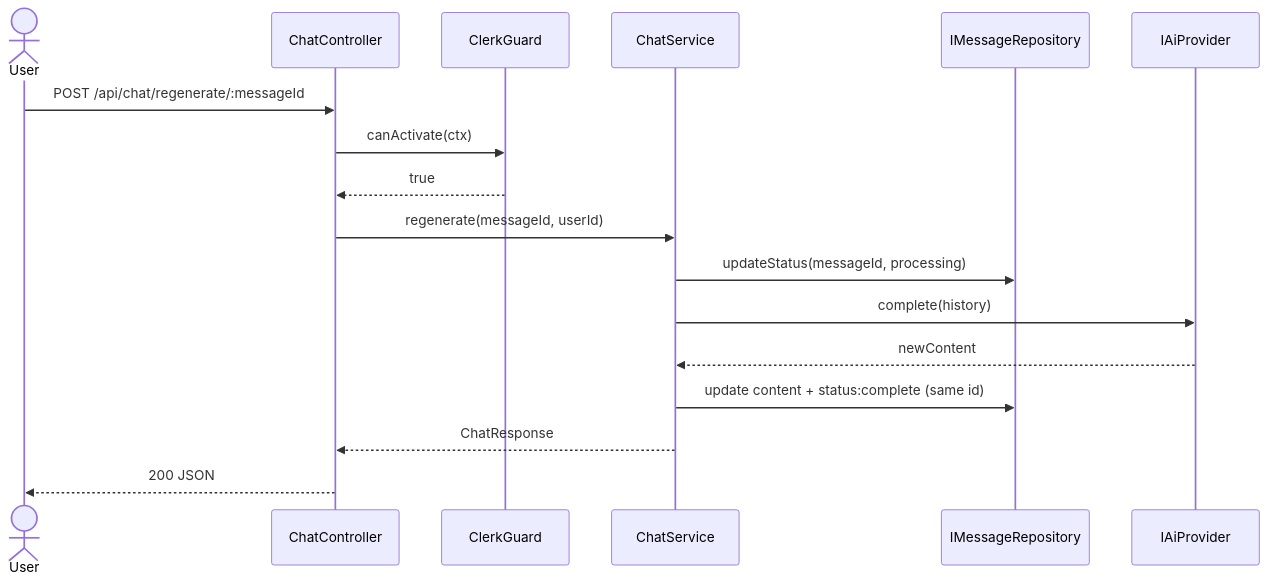
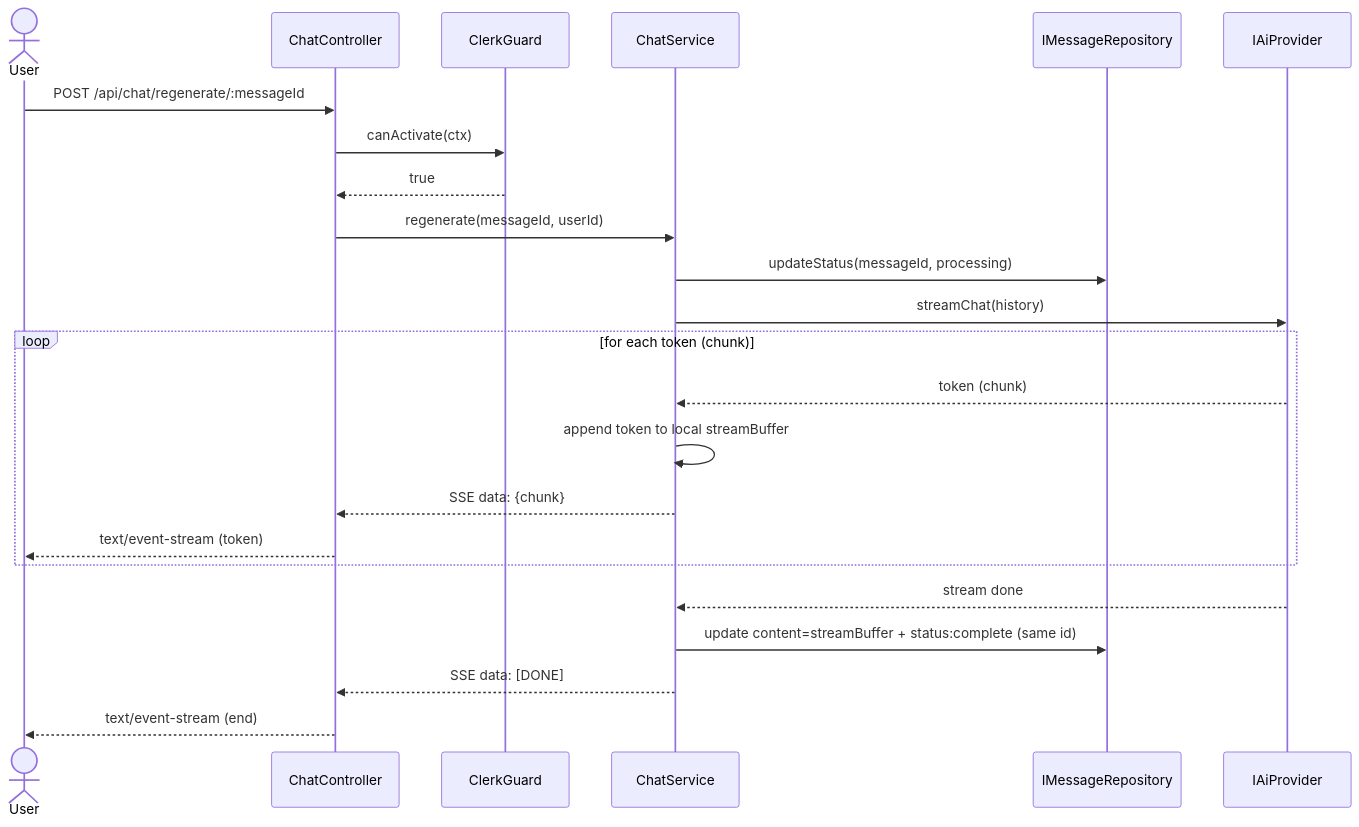
The fifth of 6 diagrams in _bmad-output/planning-artifacts/03-sequence.md (Glitch-guy0/chaiGPT), drawn with Mermaid before and after one commit. The commit also changed other lines of this file and 7 other files, not shown here.

Commit message:
checking uml diagrams

````diff
--- a/_bmad-output/planning-artifacts/03-sequence.md
+++ b/_bmad-output/planning-artifacts/03-sequence.md
@@ -117,20 +131,26 @@
 ```mermaid
 sequenceDiagram
     actor User
     participant C as ChatController
     participant G as ClerkGuard
     participant S as ChatService
     participant MR as IMessageRepository
     participant AI as IAiProvider
 
     User->>C: POST /api/chat/regenerate/:messageId
     C->>G: canActivate(ctx)
     G-->>C: true
     C->>S: regenerate(messageId, userId)
     S->>MR: updateStatus(messageId, processing)
-    S->>AI: complete(history)
-    AI-->>S: newContent
-    S->>MR: update content + status:complete (same id)
-    S-->>C: ChatResponse
-    C-->>User: 200 JSON
+    S->>AI: streamChat(history)
+    loop for each token (chunk)
+        AI-->>S: token (chunk)
+        S->>S: append token to local streamBuffer
+        S-->>C: SSE data: {chunk}
+        C-->>User: text/event-stream (token)
+    end
+    AI-->>S: stream done
+    S->>MR: update content=streamBuffer + status:complete (same id)
+    S-->>C: SSE data: [DONE]
+    C-->>User: text/event-stream (end)
 ```
````
